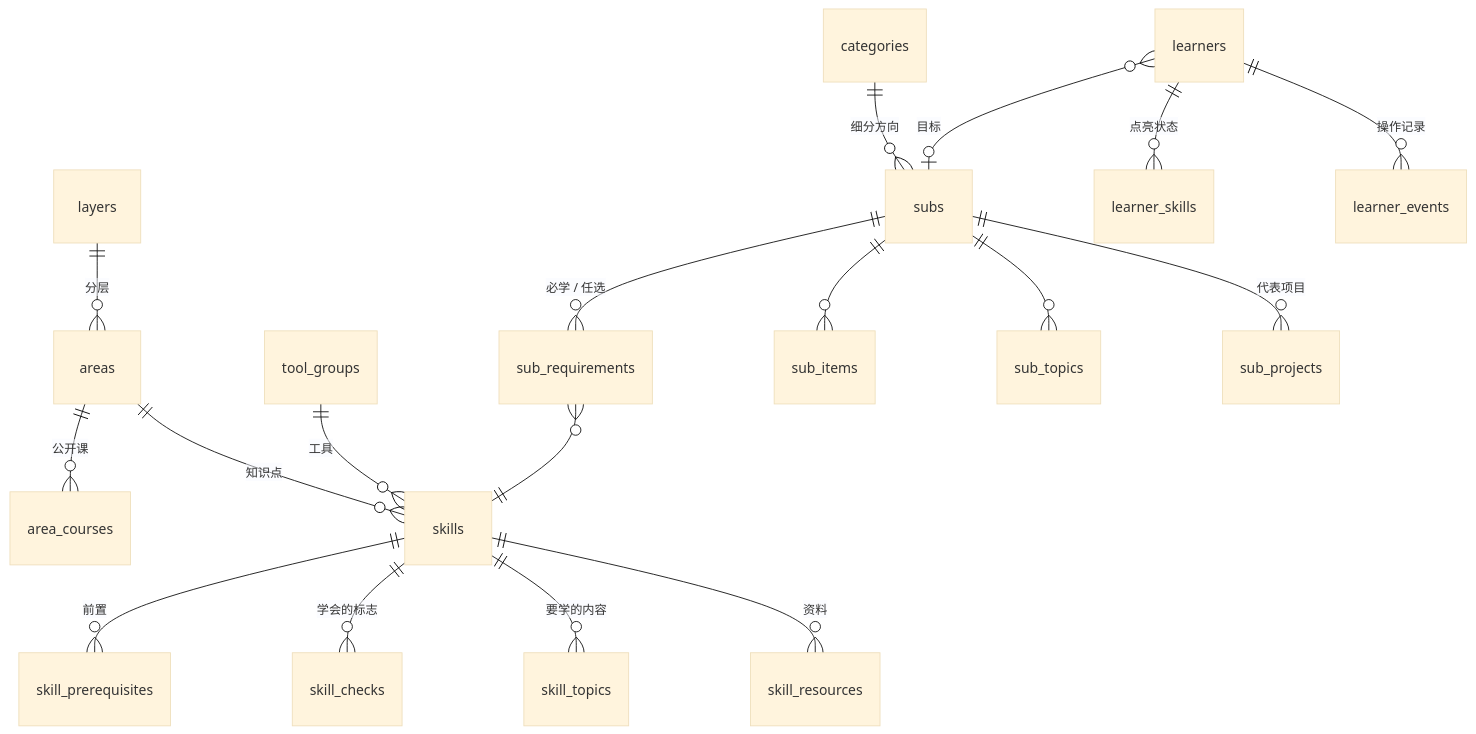
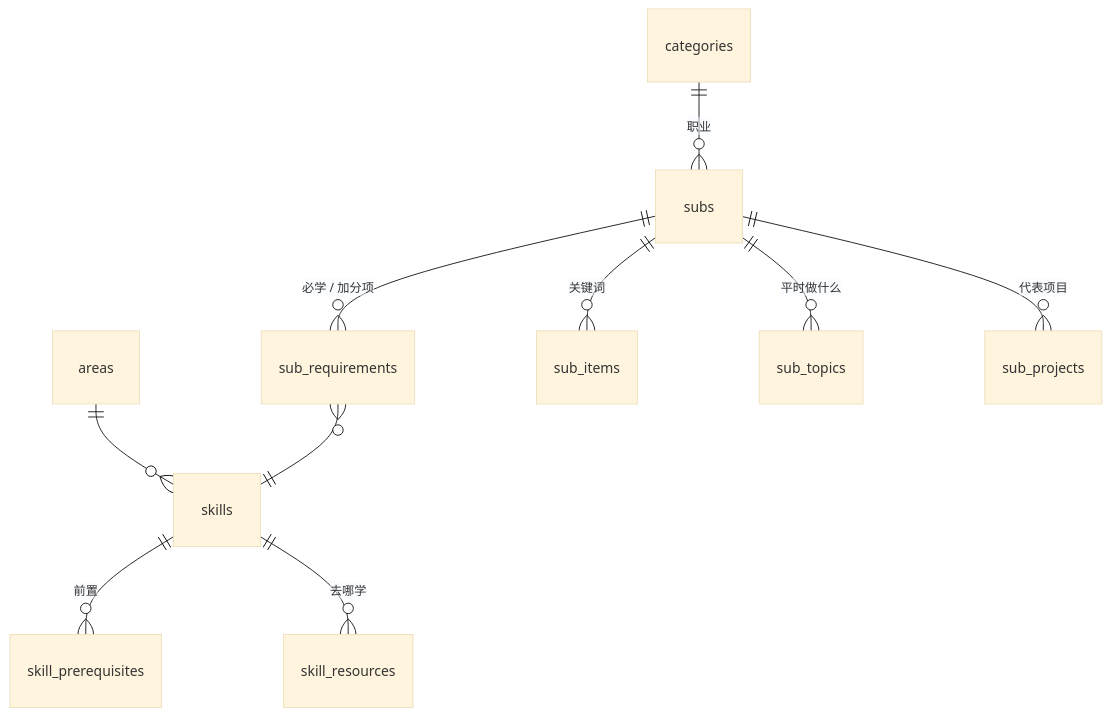
The diagram in docs/ARCHITECTURE.md (theowang42/cs-skill-tree), drawn with Mermaid (base theme) before and after one commit. The commit also changed other lines of this file and 67 other files, not shown here.

````diff
--- a/docs/ARCHITECTURE.md
+++ b/docs/ARCHITECTURE.md
@@ -49,20 +42,12 @@
 ```mermaid
 erDiagram
-  layers ||--o{ areas : "分层"
-  areas ||--o{ area_courses : "公开课"
-  areas ||--o{ skills : "知识点"
-  tool_groups ||--o{ skills : "工具"
+  areas ||--o{ skills : ""
   skills ||--o{ skill_prerequisites : "前置"
-  skills ||--o{ skill_checks : "学会的标志"
-  skills ||--o{ skill_topics : "要学的内容"
-  skills ||--o{ skill_resources : "资料"
-  categories ||--o{ subs : "细分方向"
-  subs ||--o{ sub_requirements : "必学 / 任选"
+  skills ||--o{ skill_resources : "去哪学"
+  categories ||--o{ subs : "职业"
+  subs ||--o{ sub_requirements : "必学 / 加分项"
   sub_requirements }o--|| skills : ""
-  subs ||--o{ sub_items : ""
-  subs ||--o{ sub_topics : ""
+  subs ||--o{ sub_items : "关键词"
+  subs ||--o{ sub_topics : "平时做什么"
   subs ||--o{ sub_projects : "代表项目"
-  learners ||--o{ learner_skills : "点亮状态"
-  learners ||--o{ learner_events : "操作记录"
-  learners }o--o| subs : "目标"
 ```
````
